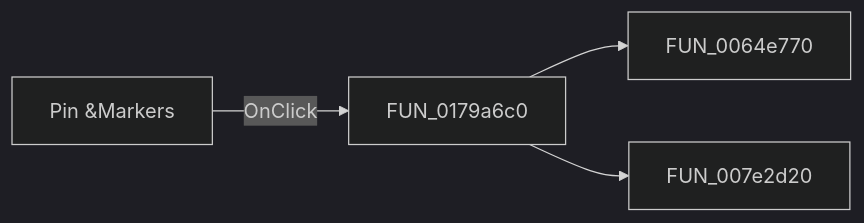
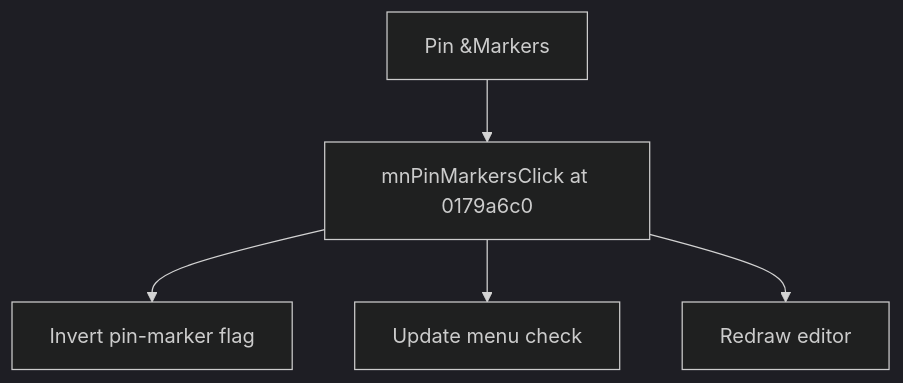
Before and after one commit to MovGP0/TIARA: the diagram in docs/ui-controls/shapeedit/mnpinmarkers-f6bb57d77e.md, drawn with Mermaid (dark theme). The commit also changed other lines of this file and 1062 other files, not shown here.

````diff
--- a/docs/ui-controls/shapeedit/mnpinmarkers-f6bb57d77e.md
+++ b/docs/ui-controls/shapeedit/mnpinmarkers-f6bb57d77e.md
@@ -27,6 +25,7 @@
 ```mermaid
-flowchart LR
-    control["Pin &Markers"] -->|OnClick| handler["FUN_0179a6c0"]
-    handler --> call1["FUN_0064e770"]
-    handler --> call2["FUN_007e2d20"]
+flowchart TD
+    control["Pin &Markers"] --> handler["mnPinMarkersClick at 0179a6c0"]
+    handler --> step1["Invert pin-marker flag"]
+    handler --> step2["Update menu check"]
+    handler --> step3["Redraw editor"]
 ```
````
